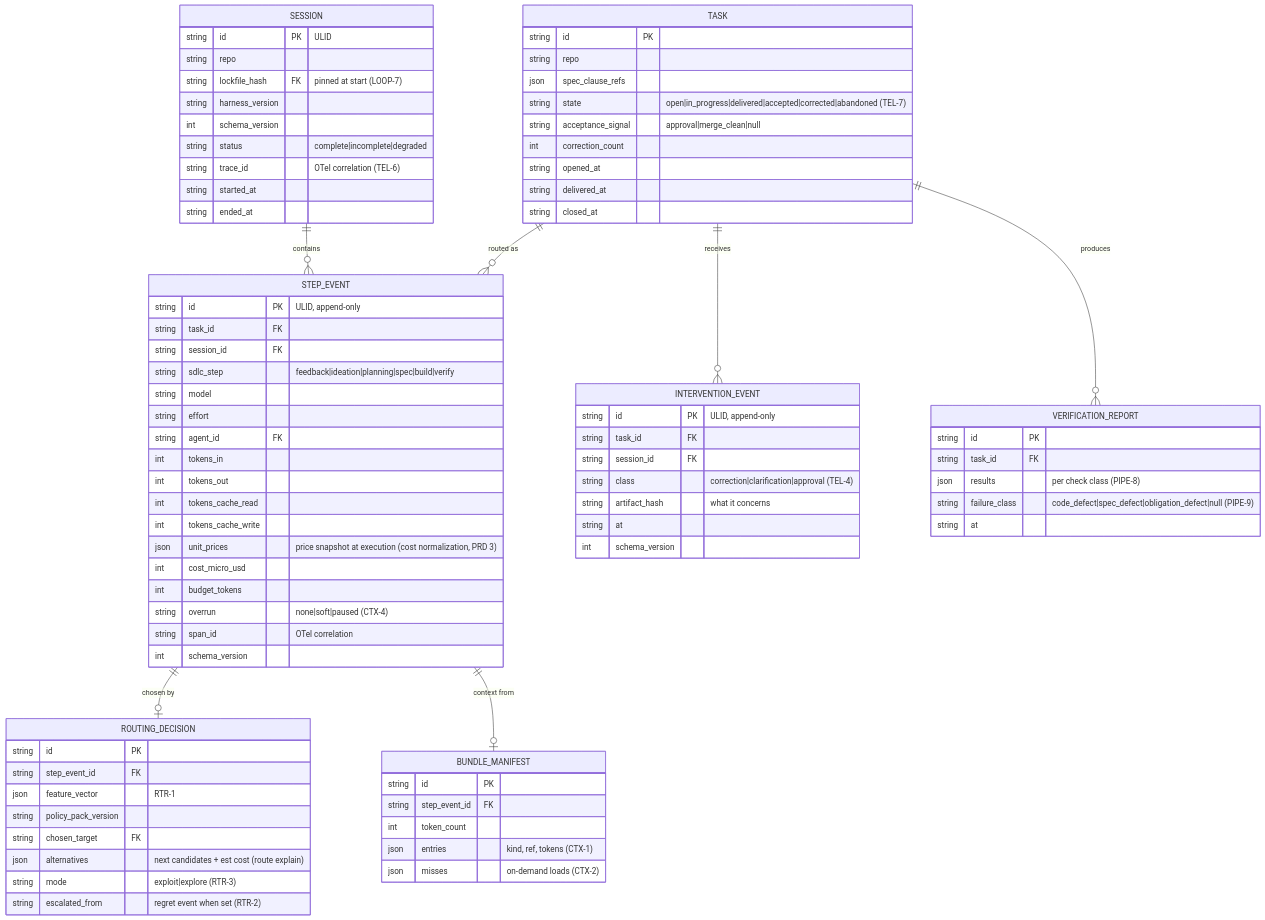
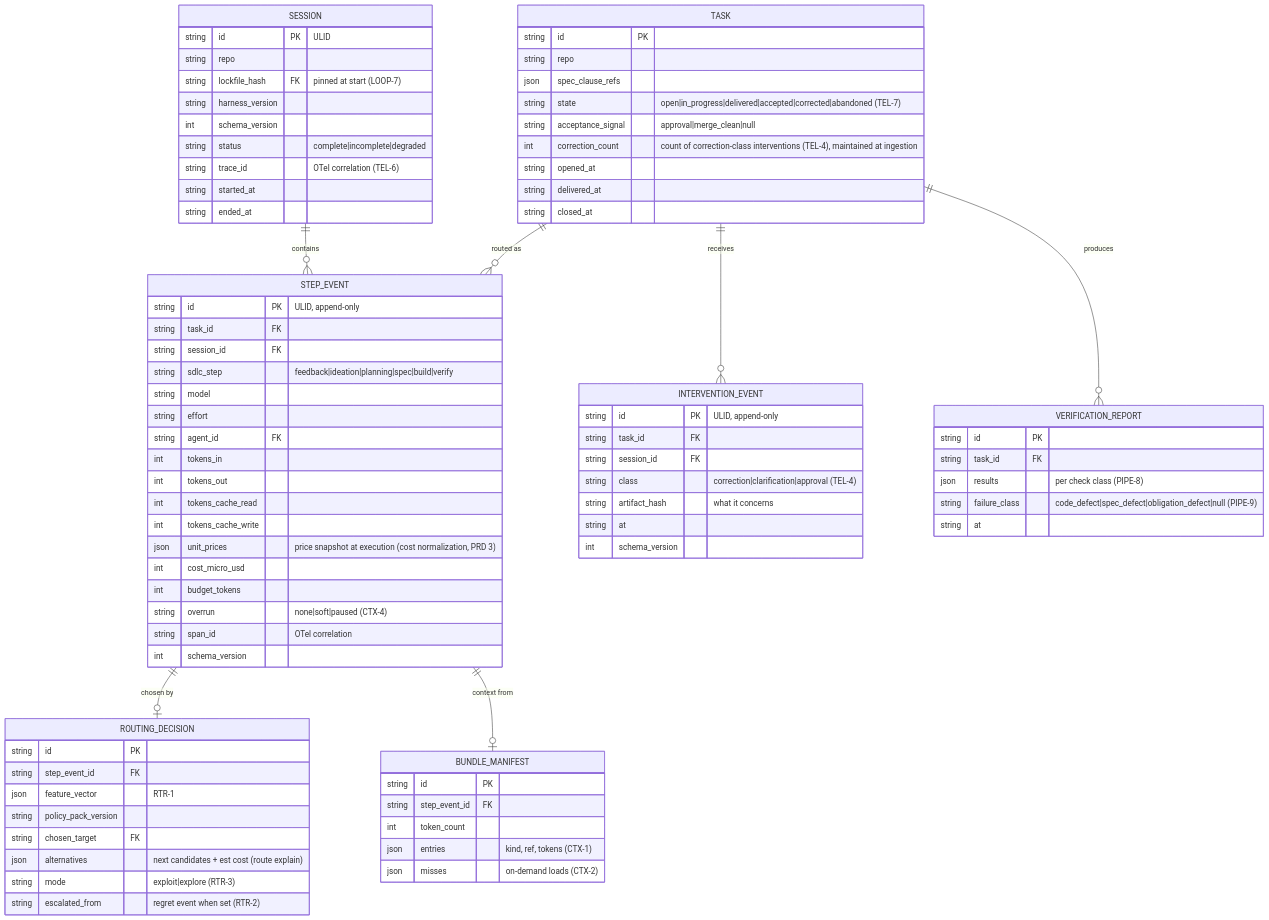
One commit to BrendanShields/kelson changed the third of 5 diagrams in docs/specs/2026-07-02-agent-harness-erd.md. Above: the diagram before and after it, drawn with Mermaid. The commit also changed 8 other files, not shown here.

```diff
--- a/docs/specs/2026-07-02-agent-harness-erd.md
+++ b/docs/specs/2026-07-02-agent-harness-erd.md
@@ -170,7 +170,7 @@
         json spec_clause_refs
         string state "open|in_progress|delivered|accepted|corrected|abandoned (TEL-7)"
         string acceptance_signal "approval|merge_clean|null"
-        int correction_count
+        int correction_count "count of correction-class interventions (TEL-4), maintained at ingestion"
         string opened_at
         string delivered_at
         string closed_at
```
